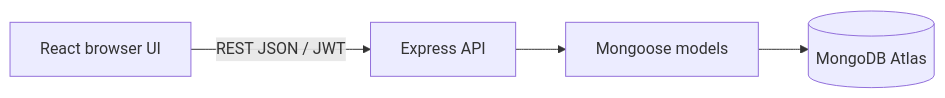
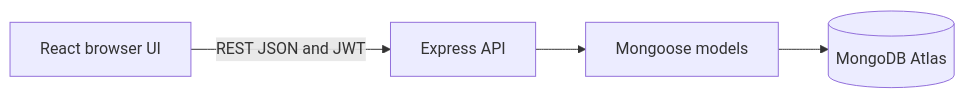
Before and after one commit to alihassan674/-B9IS130_2627_TMD1S_Web: the diagram in README.md, drawn with Mermaid. The commit also changed 2 other files, not shown here.

Commit message:
minor update

````diff
--- a/README.md
+++ b/README.md
@@ -19,6 +19,6 @@
 ```mermaid
 flowchart LR
-    A[React browser UI] -->|REST JSON / JWT| B[Express API]
-    B --> C[Mongoose models]
-    C --> D[(MongoDB Atlas)]
+    frontend["React browser UI"] -->|"REST JSON and JWT"| backend["Express API"]
+    backend --> models["Mongoose models"]
+    models --> database[("MongoDB Atlas")]
 ```
````
